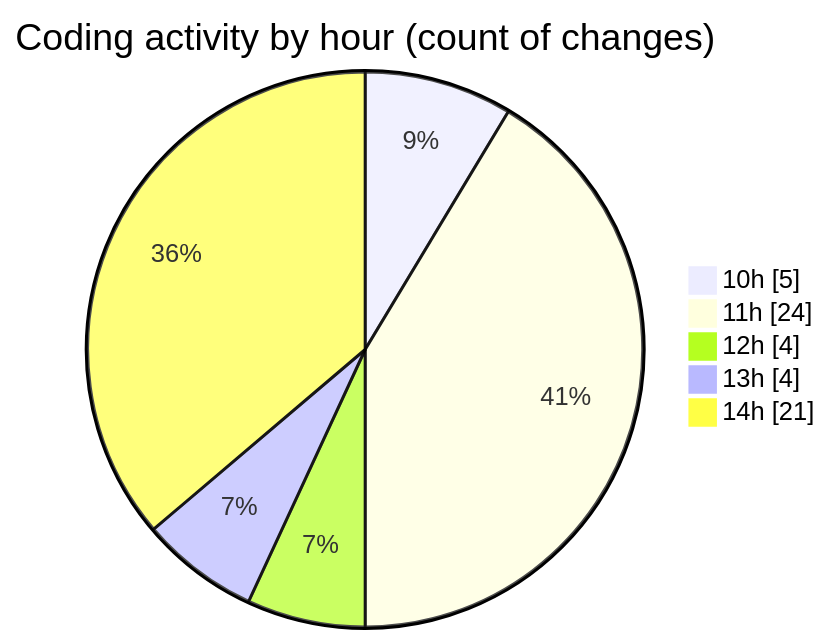
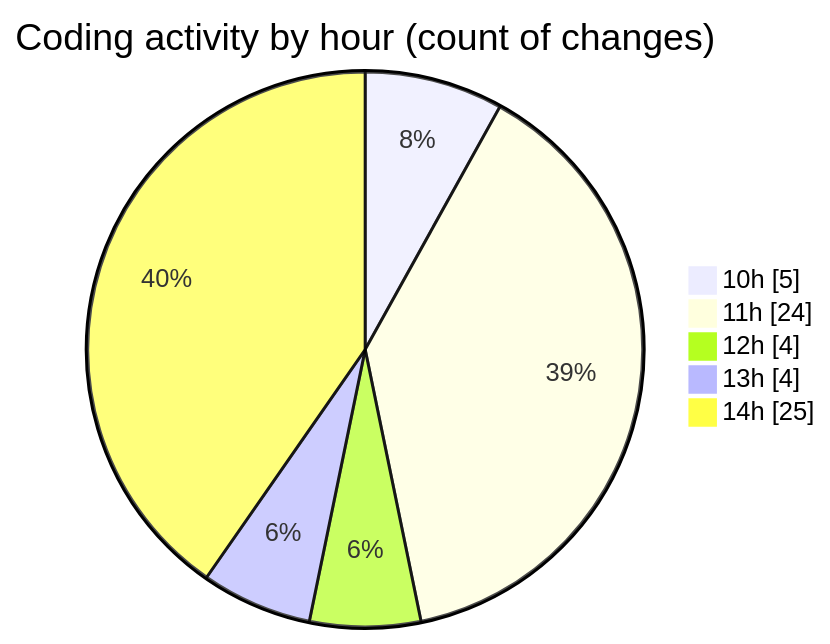
The second of 2 diagrams in 2026-09-09/cda/README.md (momahboobian/code-tracking), drawn with Mermaid before and after one commit. The commit also changed other lines of this file and 1 other file, not shown here.

````diff
--- a/2026-09-09/cda/README.md
+++ b/2026-09-09/cda/README.md
@@ -42,9 +43,9 @@
 ```mermaid
 pie showData
 title Coding activity by hour (count of changes)
 "10h" : 5
 "11h" : 24
 "12h" : 4
 "13h" : 4
-"14h" : 21
+"14h" : 25
 ```
````
